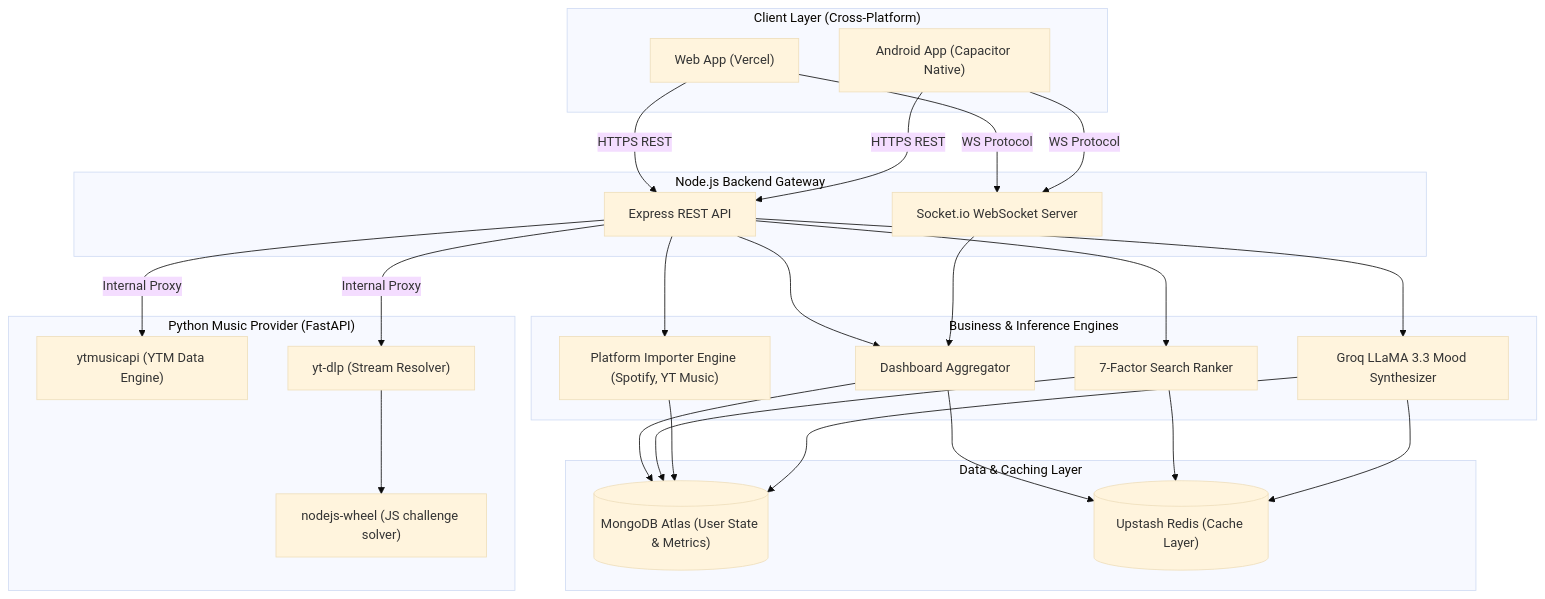
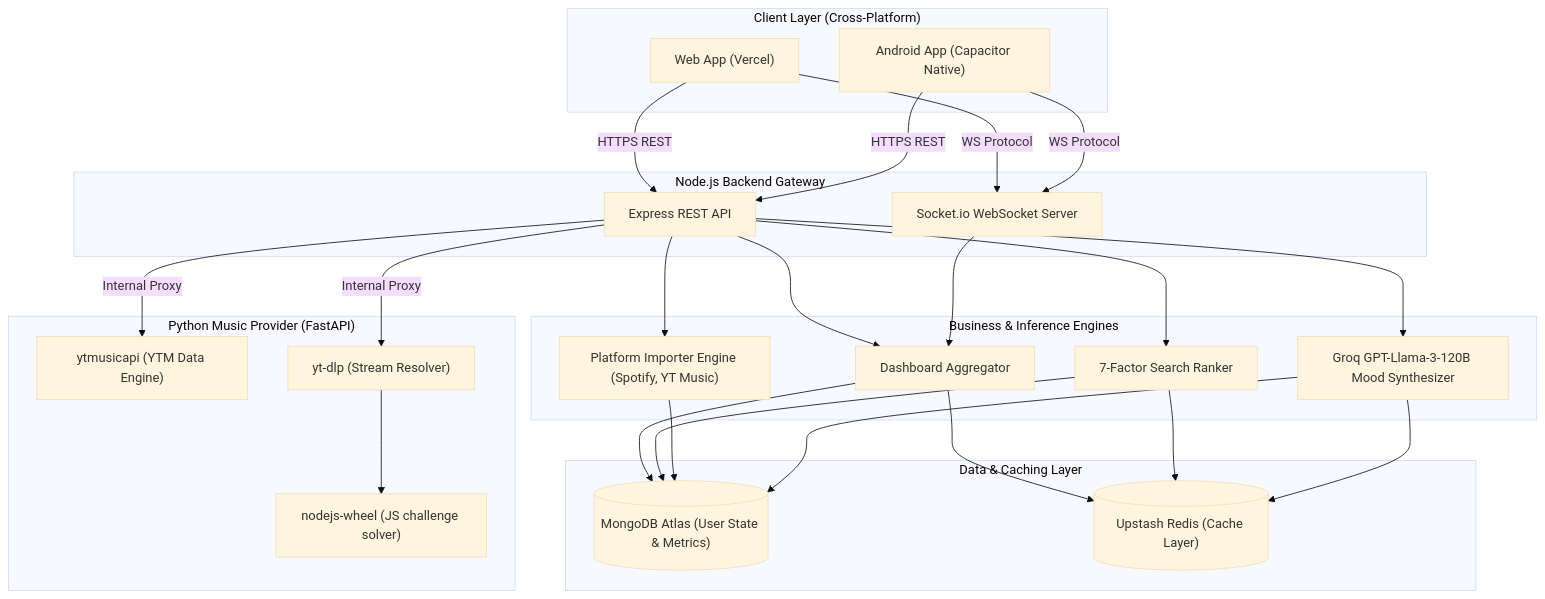
The diagram in README.md (itslokeshx/SoulSync), drawn with Mermaid (base theme) before and after one commit. The commit also changed other lines of this file, not shown here.

Commit message:
docs: correct LLaMA reference to GPT-Llama-3-120B in README

````diff
--- a/README.md
+++ b/README.md
@@ -48,41 +48,41 @@
 ```mermaid
 flowchart TD
     subgraph Client ["Client Layer (Cross-Platform)"]
         Web["Web App (Vercel)"]
         Android["Android App (Capacitor Native)"]
     end
 
     subgraph Proxy ["Node.js Backend Gateway"]
         REST["Express REST API"]
         WS["Socket.io WebSocket Server"]
     end
 
     subgraph Provider ["Python Music Provider (FastAPI)"]
         YTM["ytmusicapi (YTM Data Engine)"]
         YTDL["yt-dlp (Stream Resolver)"]
         NodeWheel["nodejs-wheel (JS challenge solver)"]
     end
 
     subgraph Backend ["Business & Inference Engines"]
         Ranker["7-Factor Search Ranker"]
         Import["Platform Importer Engine (Spotify, YT Music)"]
-        AI["Groq LLaMA 3.3 Mood Synthesizer"]
+        AI["Groq GPT-Llama-3-120B Mood Synthesizer"]
         Dash["Dashboard Aggregator"]
     end
 
     subgraph Infrastructure ["Data & Caching Layer"]
         Mongo[("MongoDB Atlas (User State & Metrics)")]
         Redis[("Upstash Redis (Cache Layer)")]
     end
 
     Web & Android -->|HTTPS REST| REST
     Web & Android -->|WS Protocol| WS
 
     REST --> Dash & Ranker & Import & AI
     REST -->|Internal Proxy| YTM & YTDL
     YTDL --> NodeWheel
     WS --> Dash
 
     Dash & Ranker & Import & AI --> Mongo
     Dash & Ranker & AI --> Redis
 ```
````
